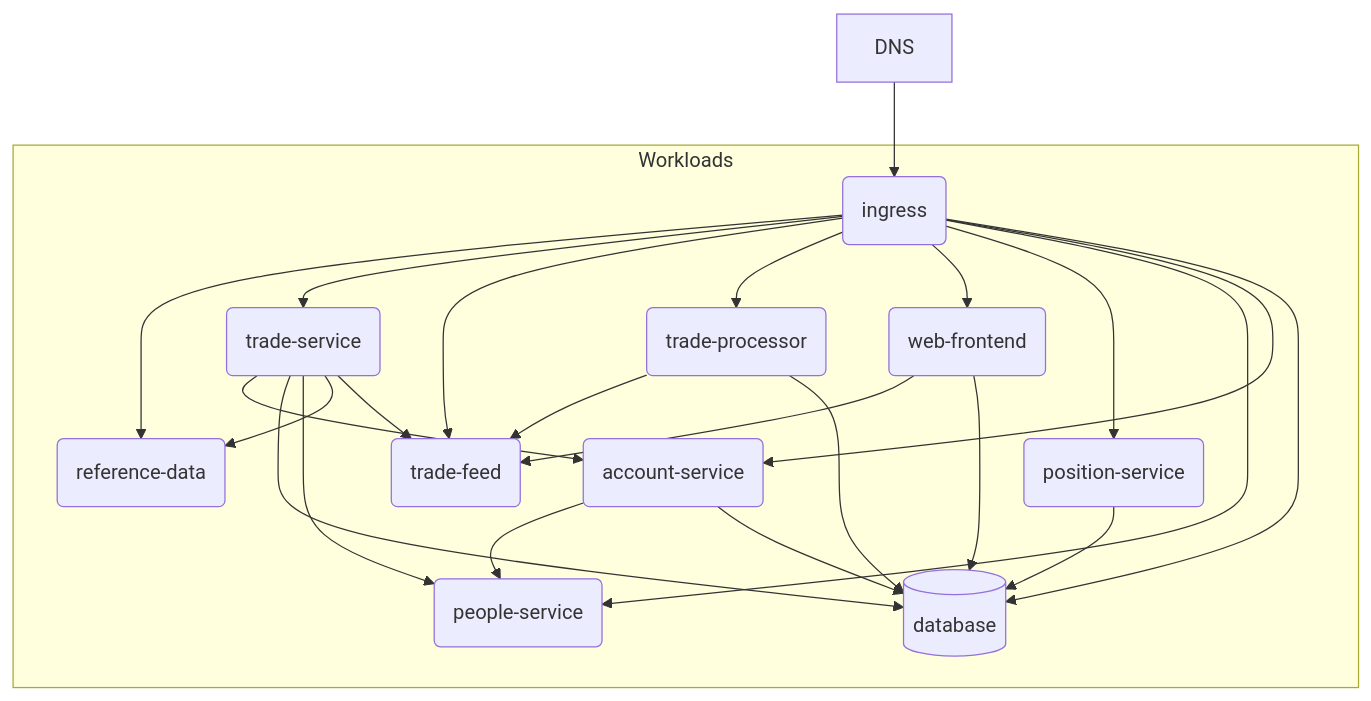
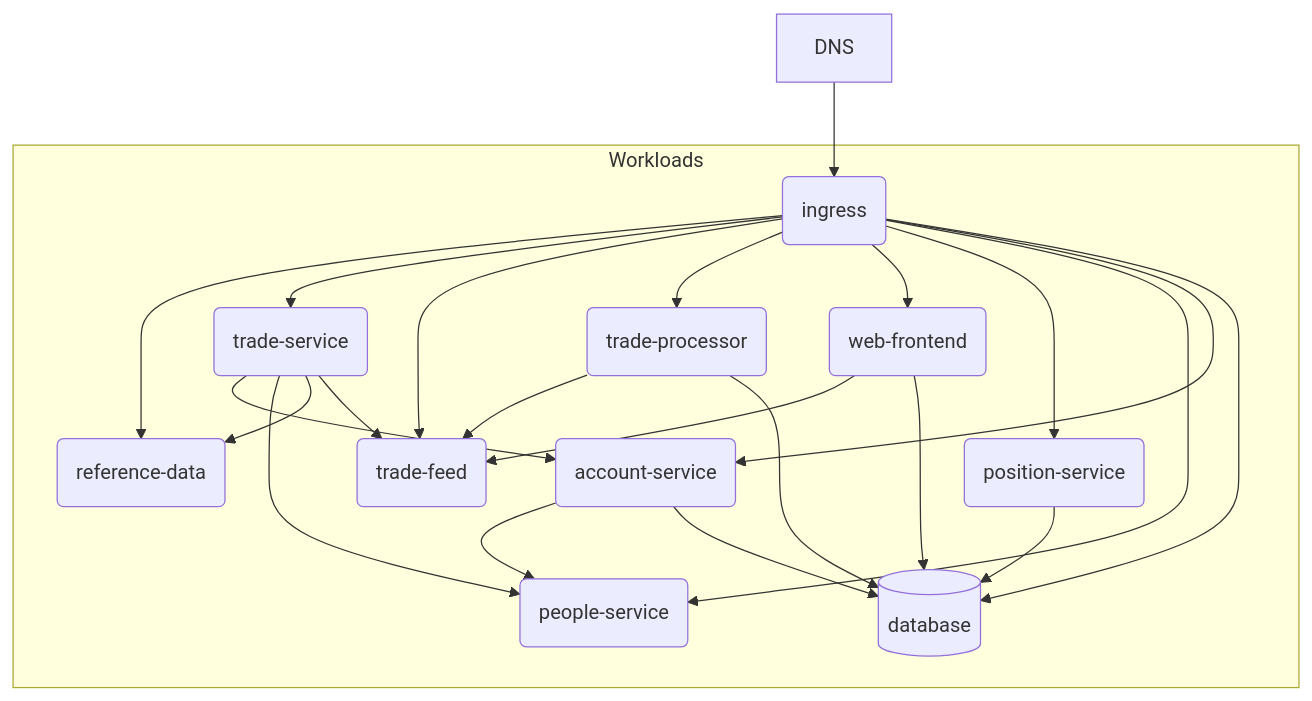
Before and after one commit to score-spec/examples: the diagram in samples/traderx/README.md, drawn with Mermaid. The commit also changed 13 other files, not shown here.

Commit message:
resources --> api-mocks folder support + _URL in trade-service for endpoint dependencies + database actually not used in trade-service

````diff
--- a/samples/traderx/README.md
+++ b/samples/traderx/README.md
@@ -3,27 +3,26 @@
 ```mermaid
 flowchart TD
     dns[DNS] --> ingress(ingress)
     subgraph Workloads
         ingress-->reference-data(reference-data)
         ingress-->trade-service(trade-service)
         ingress-->trade-feed(trade-feed)
         ingress-->trade-processor(trade-processor)
         ingress-->web-frontend(web-frontend)
         ingress-->position-service(position-service)
         ingress-->people-service(people-service)
         ingress-->account-service(account-service)
         ingress-->database[(database)]
         web-frontend-->trade-feed
         web-frontend-->database
         account-service-->people-service
         account-service-->database
         position-service-->database
         trade-processor-->trade-feed
         trade-processor-->database
         trade-service-->account-service
-        trade-service-->database
         trade-service-->people-service
         trade-service-->reference-data
         trade-service-->trade-feed
     end
 ```
````
